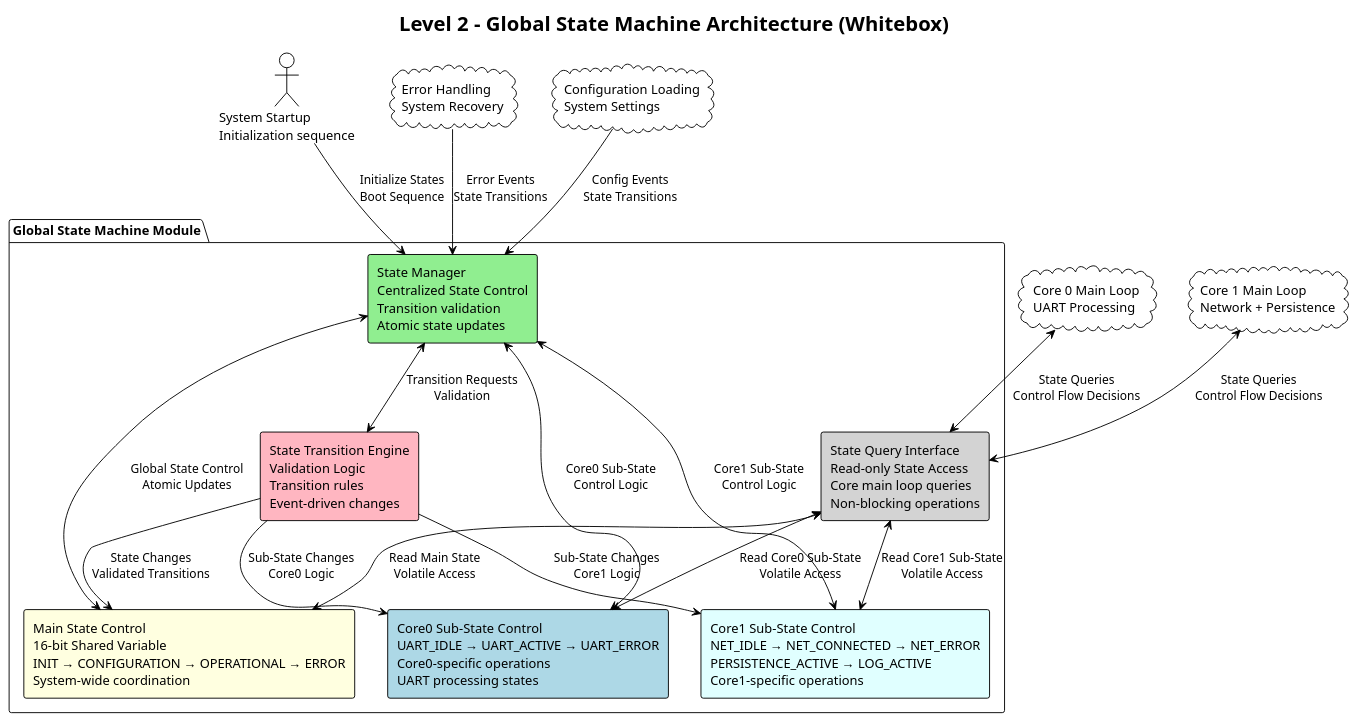
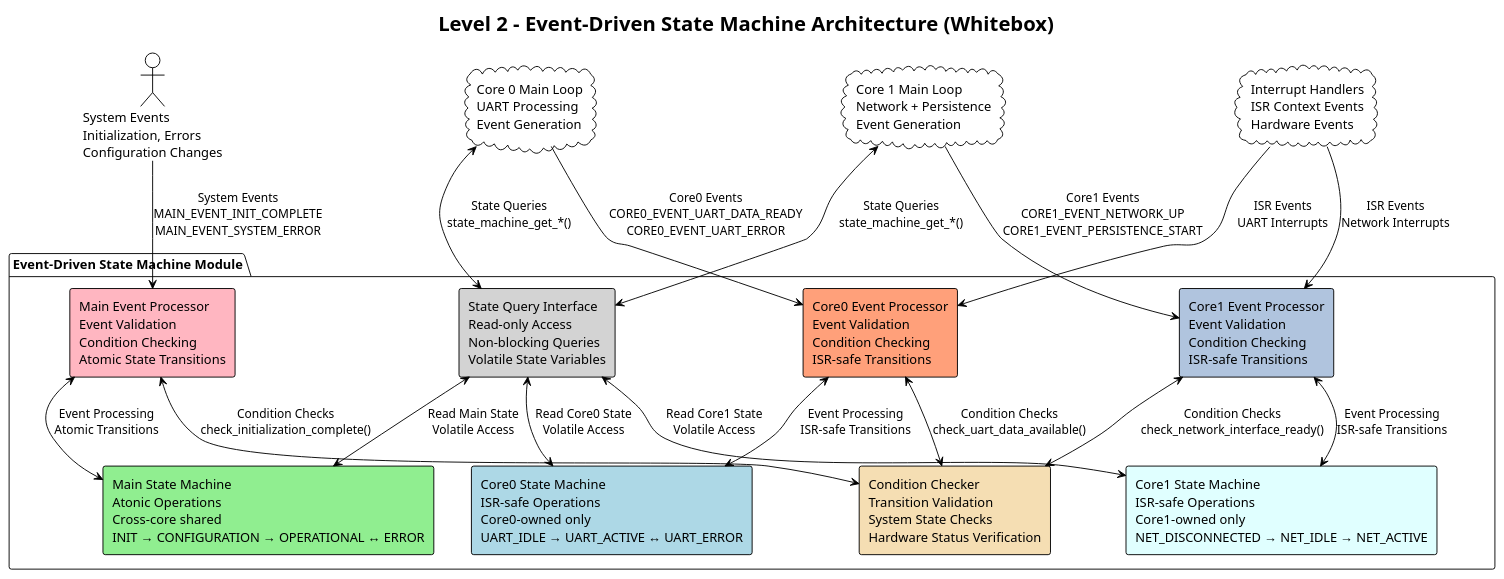
Diagram 13 of 13 in src/docs/arc42/chapters/05_building_block_view.adoc (haxorsebb/UART2ETH), drawn with PlantUML before and after one commit. The commit also changed other lines of this file and 1 other file, not shown here.

First line of the commit message:
Update arc42 documentation for event-driven state machine architecture

```diff
--- a/src/docs/arc42/chapters/05_building_block_view.adoc
+++ b/src/docs/arc42/chapters/05_building_block_view.adoc
@@ -1591,54 +1591,60 @@
-[plantuml, level2-state-machine-architecture, svg]
+[plantuml, level2-event-driven-state-machine, svg]
 ----
 @startuml
 !theme plain
 skinparam backgroundColor transparent
 skinparam componentStyle rectangle
 
-title Level 2 - Global State Machine Architecture (Whitebox)
+title Level 2 - Event-Driven State Machine Architecture (Whitebox)
 
-actor "System Startup\nInitialization sequence" as STARTUP
-cloud "Core 0 Main Loop\nUART Processing" as CORE0
-cloud "Core 1 Main Loop\nNetwork + Persistence" as CORE1
-cloud "Error Handling\nSystem Recovery" as ERROR_SYS
-cloud "Configuration Loading\nSystem Settings" as CONFIG_SYS
+actor "System Events\nInitialization, Errors\nConfiguration Changes" as SYS_EVENTS
+cloud "Core 0 Main Loop\nUART Processing\nEvent Generation" as CORE0
+cloud "Core 1 Main Loop\nNetwork + Persistence\nEvent Generation" as CORE1
+cloud "Interrupt Handlers\nISR Context Events\nHardware Events" as ISR
 
-package "Global State Machine Module" {
-    component "State Manager\nCentralized State Control\nTransition validation\nAtomic state updates" as STATE_MGR #lightgreen
+package "Event-Driven State Machine Module" {
+    component "Main State Machine\nAtonic Operations\nCross-core shared\nINIT → CONFIGURATION → OPERATIONAL ↔ ERROR" as MAIN_SM #lightgreen
     
-    component "Main State Control\n16-bit Shared Variable\nINIT → CONFIGURATION → OPERATIONAL → ERROR\nSystem-wide coordination" as MAIN_STATE #lightyellow
+    component "Core0 State Machine\nISR-safe Operations\nCore0-owned only\nUART_IDLE → UART_ACTIVE ↔ UART_ERROR" as CORE0_SM #lightblue
     
-    component "Core0 Sub-State Control\nUART_IDLE → UART_ACTIVE → UART_ERROR\nCore0-specific operations\nUART processing states" as CORE0_STATE #lightblue
+    component "Core1 State Machine\nISR-safe Operations\nCore1-owned only\nNET_DISCONNECTED → NET_IDLE → NET_ACTIVE" as CORE1_SM #lightcyan
     
-    component "Core1 Sub-State Control\nNET_IDLE → NET_CONNECTED → NET_ERROR\nPERSISTENCE_ACTIVE → LOG_ACTIVE\nCore1-specific operations" as CORE1_STATE #lightcyan
+    component "Main Event Processor\nEvent Validation\nCondition Checking\nAtomic State Transitions" as MAIN_PROC #lightpink
     
-    component "State Transition Engine\nValidation Logic\nTransition rules\nEvent-driven changes" as TRANSITION #lightpink
+    component "Core0 Event Processor\nEvent Validation\nCondition Checking\nISR-safe Transitions" as CORE0_PROC #lightsalmon
     
-    component "State Query Interface\nRead-only State Access\nCore main loop queries\nNon-blocking operations" as QUERY_IF #lightgray
+    component "Core1 Event Processor\nEvent Validation\nCondition Checking\nISR-safe Transitions" as CORE1_PROC #lightsteelblue
+    
+    component "State Query Interface\nRead-only Access\nNon-blocking Queries\nVolatile State Variables" as QUERY_IF #lightgray
+    
+    component "Condition Checker\nTransition Validation\nSystem State Checks\nHardware Status Verification" as CONDITIONS #wheat
 }
 
-' External connections
-STARTUP --> STATE_MGR : Initialize States\nBoot Sequence
-CORE0 <--> QUERY_IF : State Queries\nControl Flow Decisions  
-CORE1 <--> QUERY_IF : State Queries\nControl Flow Decisions
-ERROR_SYS --> STATE_MGR : Error Events\nState Transitions
-CONFIG_SYS --> STATE_MGR : Config Events\nState Transitions
+' External event connections
+SYS_EVENTS --> MAIN_PROC : System Events\nMAIN_EVENT_INIT_COMPLETE\nMAIN_EVENT_SYSTEM_ERROR
+CORE0 --> CORE0_PROC : Core0 Events\nCORE0_EVENT_UART_DATA_READY\nCORE0_EVENT_UART_ERROR  
+CORE1 --> CORE1_PROC : Core1 Events\nCORE1_EVENT_NETWORK_UP\nCORE1_EVENT_PERSISTENCE_START
+ISR --> CORE0_PROC : ISR Events\nUART Interrupts
+ISR --> CORE1_PROC : ISR Events\nNetwork Interrupts
 
-' Internal connections - State Manager
-STATE_MGR <--> MAIN_STATE : Global State Control\nAtomic Updates
-STATE_MGR <--> CORE0_STATE : Core0 Sub-State\nControl Logic
-STATE_MGR <--> CORE1_STATE : Core1 Sub-State\nControl Logic
-STATE_MGR <--> TRANSITION : Transition Requests\nValidation
+' State query connections
+CORE0 <--> QUERY_IF : State Queries\nstate_machine_get_*()
+CORE1 <--> QUERY_IF : State Queries\nstate_machine_get_*()
 
-' Internal connections - State Query
-QUERY_IF <--> MAIN_STATE : Read Main State\nVolatile Access
-QUERY_IF <--> CORE0_STATE : Read Core0 Sub-State\nVolatile Access
-QUERY_IF <--> CORE1_STATE : Read Core1 Sub-State\nVolatile Access
+' Internal connections - Event Processing
+MAIN_PROC <--> MAIN_SM : Event Processing\nAtomic Transitions
+CORE0_PROC <--> CORE0_SM : Event Processing\nISR-safe Transitions
+CORE1_PROC <--> CORE1_SM : Event Processing\nISR-safe Transitions
 
-' Internal connections - Transition Engine
-TRANSITION --> MAIN_STATE : State Changes\nValidated Transitions
-TRANSITION --> CORE0_STATE : Sub-State Changes\nCore0 Logic
-TRANSITION --> CORE1_STATE : Sub-State Changes\nCore1 Logic
+' Internal connections - State Queries
+QUERY_IF <--> MAIN_SM : Read Main State\nVolatile Access
+QUERY_IF <--> CORE0_SM : Read Core0 State\nVolatile Access
+QUERY_IF <--> CORE1_SM : Read Core1 State\nVolatile Access
+
+' Internal connections - Condition Checking
+MAIN_PROC <--> CONDITIONS : Condition Checks\ncheck_initialization_complete()
+CORE0_PROC <--> CONDITIONS : Condition Checks\ncheck_uart_data_available()
+CORE1_PROC <--> CONDITIONS : Condition Checks\ncheck_network_interface_ready()
 
 @enduml
 ----
```
